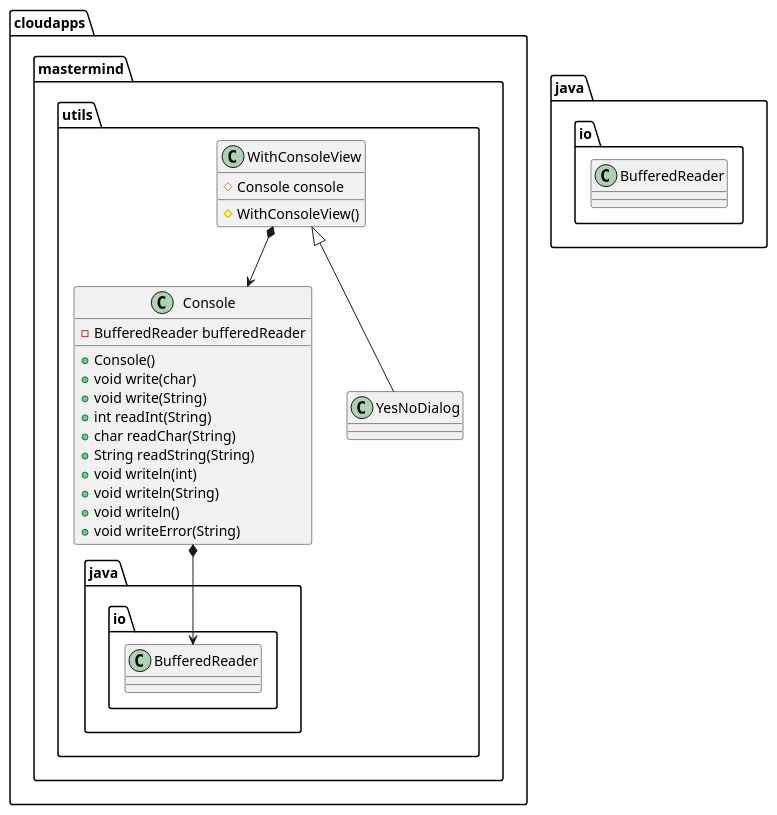
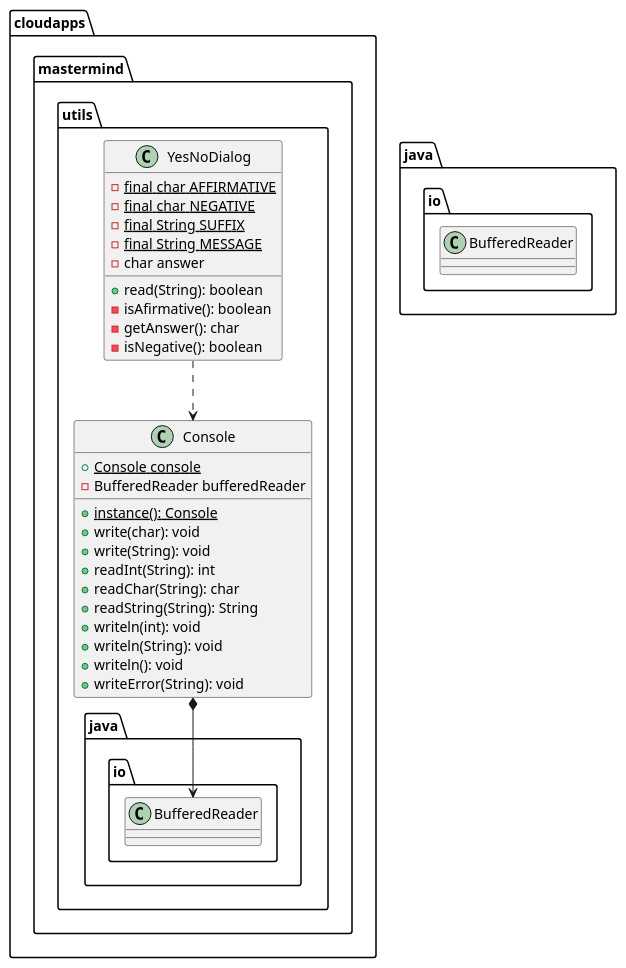
One commit to david-rojo/cloudApps-masterMind changed the diagram in docs/img/plantuml/package-cloudapps-mastermind-utils.plantuml. Above: the diagram before and after it, drawn with PlantUML. The commit also changed 24 other files, not shown here.

Commit message:
documentView code final version

```diff
--- a/docs/img/plantuml/package-cloudapps-mastermind-utils.plantuml
+++ b/docs/img/plantuml/package-cloudapps-mastermind-utils.plantuml
@@ -1,37 +1,43 @@
-@startuml
+@startuml Package **cloudapps.mastermind.utils**
 
 package "cloudapps.mastermind.utils" {
 
-  class WithConsoleView {
-    #Console console
-    #WithConsoleView()
-  }
   
   class Console {
+    +{static}Console console
     -BufferedReader bufferedReader
-    +Console()
-    +void write(char)
-    +void write(String)
-    +int readInt(String)
-    +char readChar(String)
-    +String readString(String)    
-    +void writeln(int)
-    +void writeln(String)
-    +void writeln()
-    +void writeError(String)
+    +{static} instance(): Console
+    +write(char): void
+    +write(String): void
+    +readInt(String): int
+    +readChar(String): char
+    +readString(String): String
+    +writeln(int): void
+    +writeln(String): void
+    +writeln(): void
+    +writeError(String): void
 
   }
   
-  class YesNoDialog {}
+  class YesNoDialog {
+    {static} -final char AFFIRMATIVE
+    {static} -final char NEGATIVE
+    {static} -final String SUFFIX
+    {static} -final String MESSAGE
+    -char answer
+    +read(String): boolean
+    -isAfirmative(): boolean
+    -getAnswer(): char
+    -isNegative(): boolean
+  }
   
-  WithConsoleView *--> Console
-  WithConsoleView <|-- YesNoDialog
+  YesNoDialog ..> Console
   Console *--> java.io.BufferedReader
-}
+  }
 
 package "java.io" {
   
   class BufferedReader {}
 
 
 @enduml
```
